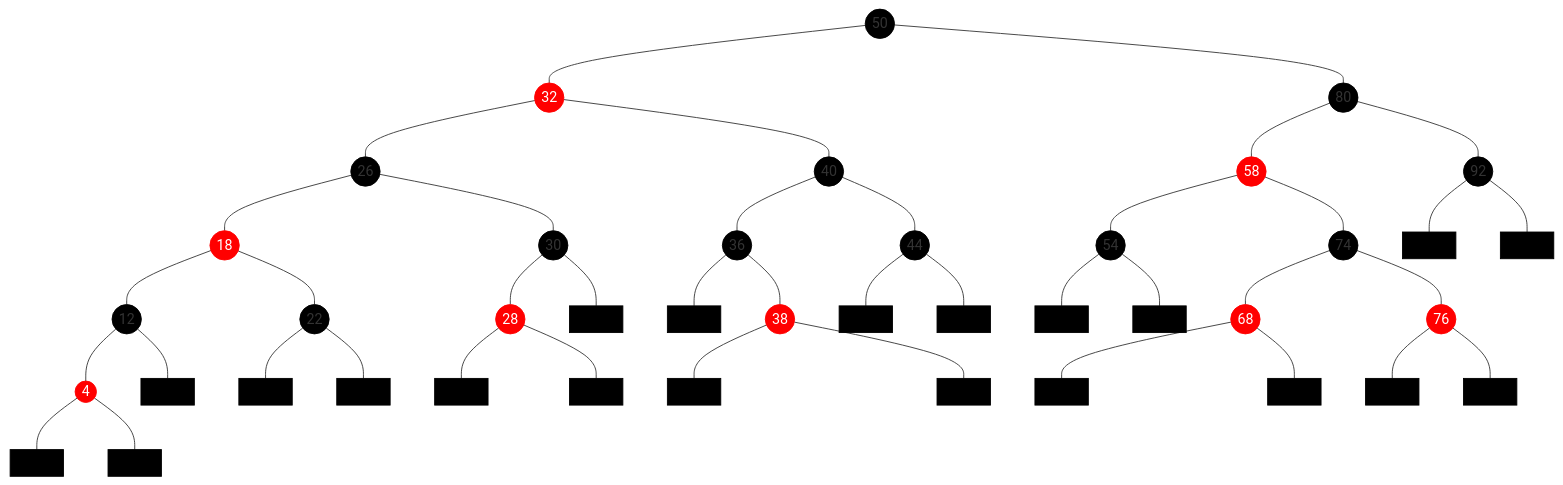
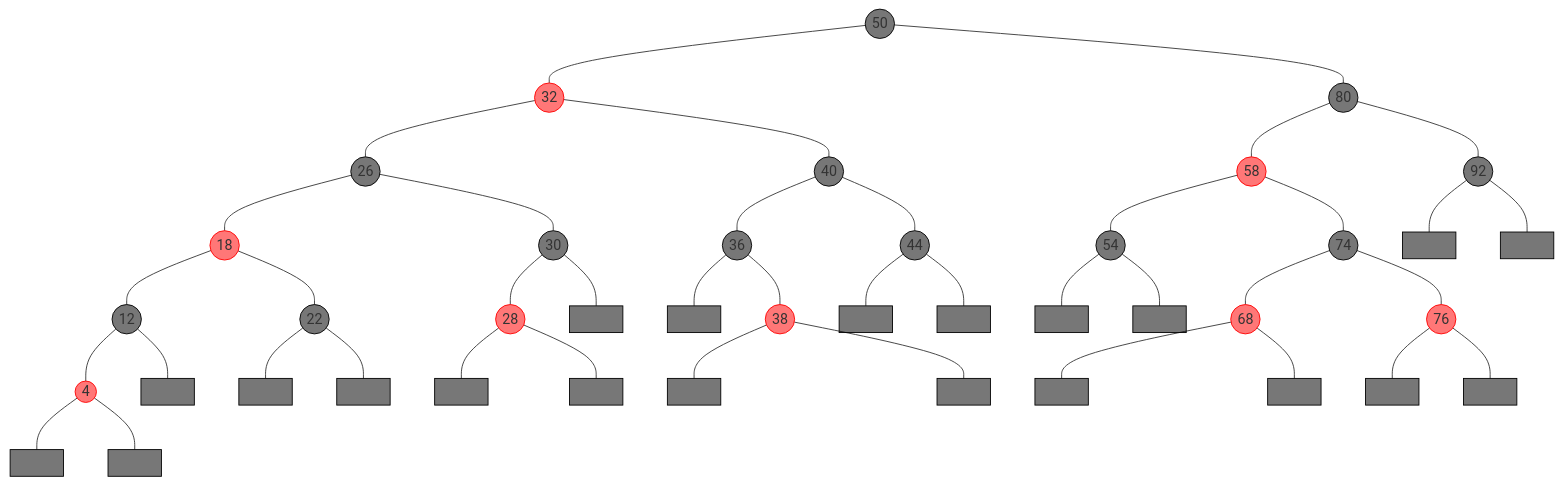
One commit to Kechidi/TP1 changed the diagram in cours/black-red-trees.md. Above: the diagram before and after it, drawn with Mermaid.

Commit message:
trying to see the text on nodes

````diff
--- a/cours/black-red-trees.md
+++ b/cours/black-red-trees.md
@@ -22,29 +22,29 @@
 ```mermaid
 graph TD
   50((50)) --- 32 & 80
   32((32)) --- 26 & 40
   80((80)) --- 58 & 92
   26((26)) --- 18 & 30
   40((40)) --- 36 & 44
   58((58)) --- 54 & 74
   92((92)) --- s01[ ] & s02[ ]
   18((18)) --- 12 & 22
   30((30)) --- 28 & s03[ ]
   36((36)) --- s04[ ] & 38
   44((44)) --- s05[ ] & s06[ ]
   54((54)) --- s07[ ] & s08[ ]
   74((74)) --- 68 & 76
   12((12)) --- 4 & s09[ ]
   22((22)) --- s10[ ] & s11[ ]
   28((28)) --- s12[ ] & s13[ ]
   38((38)) --- s14[ ] & s15[ ]
   68((68)) --- s16[ ] & s17[ ]
   76((76)) --- s18[ ] & s19[ ]
   4((4)) --- s20[ ] & s21[ ]
 
 
-  classDef black fill:#000, stroke:#000, text-color:#fff;
-  classDef red fill:#f00, stroke:#f00, color:#fff;
+  classDef black fill:#0008, stroke:#000;
+  classDef red fill:#f008, stroke:#f00;
   class 50,80,26,40,92,30,36,44,54,74,s01,s02,12,22,s03,s04,s05,s06,s07,s08,s09,s10,s11,s12,s13,s14,s15,s16,s17,s18,s19,s20,s21 black;
   class 32,58,18,28,38,68,76,4 red;
 ```
````
